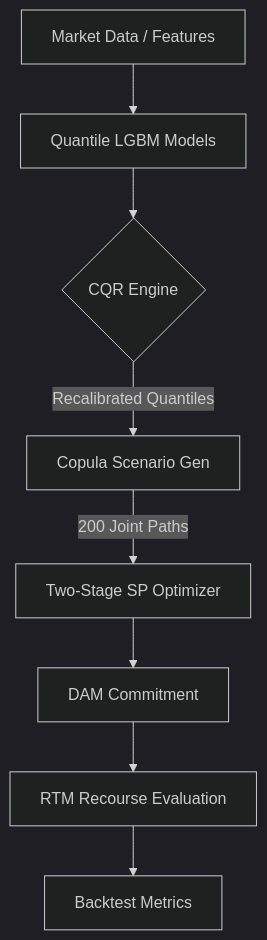
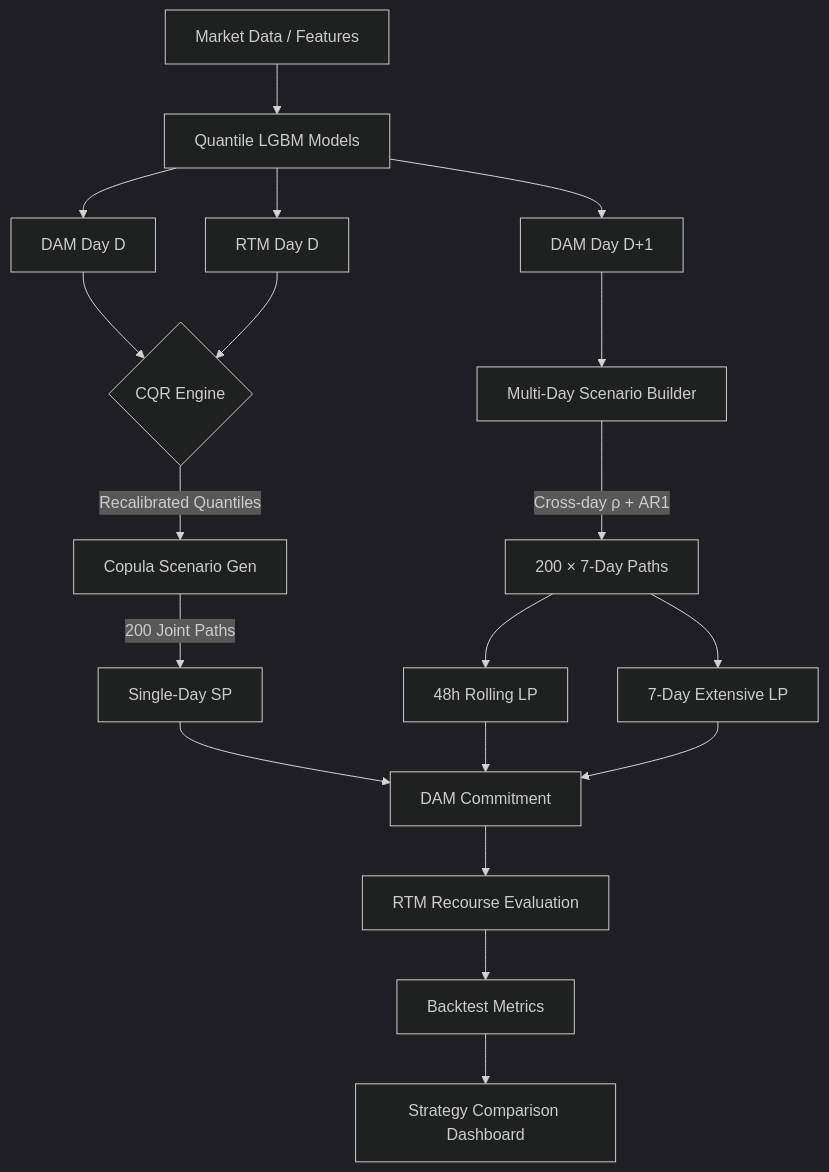
One commit to nnwjx7bd42-hash/India-Power-Market changed the diagram in ARCHITECTURE.md. Above: the diagram before and after it, drawn with Mermaid (dark theme). The commit also changed other lines of this file, not shown here.

First line of the commit message:
docs: update ARCHITECTURE.md with multi-day system components

````diff
--- a/ARCHITECTURE.md
+++ b/ARCHITECTURE.md
@@ -68,10 +135,21 @@
 ```mermaid
 graph TD
     A[Market Data / Features] --> B[Quantile LGBM Models]
-    B --> C{CQR Engine}
+    B --> B1[DAM Day D]
+    B --> B2[RTM Day D]
+    B --> B3[DAM Day D+1]
+    B1 --> C{CQR Engine}
+    B2 --> C
     C -->|Recalibrated Quantiles| D[Copula Scenario Gen]
-    D -->|200 Joint Paths| E[Two-Stage SP Optimizer]
-    E --> F[DAM Commitment]
+    B3 --> D1[Multi-Day Scenario Builder]
+    D1 -->|Cross-day ρ + AR1| D1a[200 × 7-Day Paths]
+    D -->|200 Joint Paths| E1[Single-Day SP]
+    D1a --> E2[48h Rolling LP]
+    D1a --> E3[7-Day Extensive LP]
+    E1 --> F[DAM Commitment]
+    E2 --> F
+    E3 --> F
     F --> G[RTM Recourse Evaluation]
     G --> H[Backtest Metrics]
+    H --> I[Strategy Comparison Dashboard]
 ```
````
